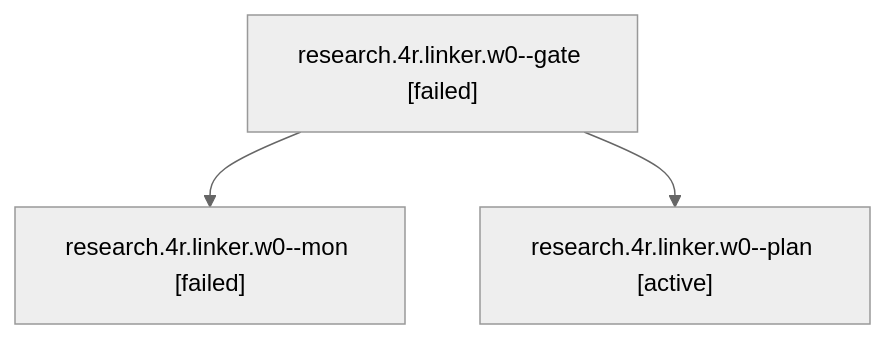
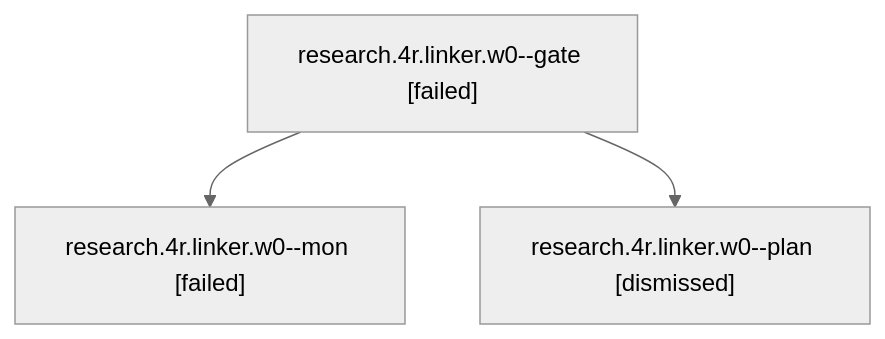
The diagram in sessions/bbugyi200.athena.research.4r.linker.w0.md (bobs-org/bob-cli--agents), drawn with Mermaid (neutral theme) before and after one commit. The commit also changed other lines of this file and 591 other files, not shown here.

````diff
--- a/sessions/bbugyi200.athena.research.4r.linker.w0.md
+++ b/sessions/bbugyi200.athena.research.4r.linker.w0.md
@@ -9,8 +9,8 @@
 ```mermaid
 flowchart TD
   n0["research.4r.linker.w0--gate [failed]"]
   n1["research.4r.linker.w0--mon [failed]"]
   n0 --> n1
-  n2["research.4r.linker.w0--plan [active]"]
+  n2["research.4r.linker.w0--plan [dismissed]"]
   n0 --> n2
 ```
````
